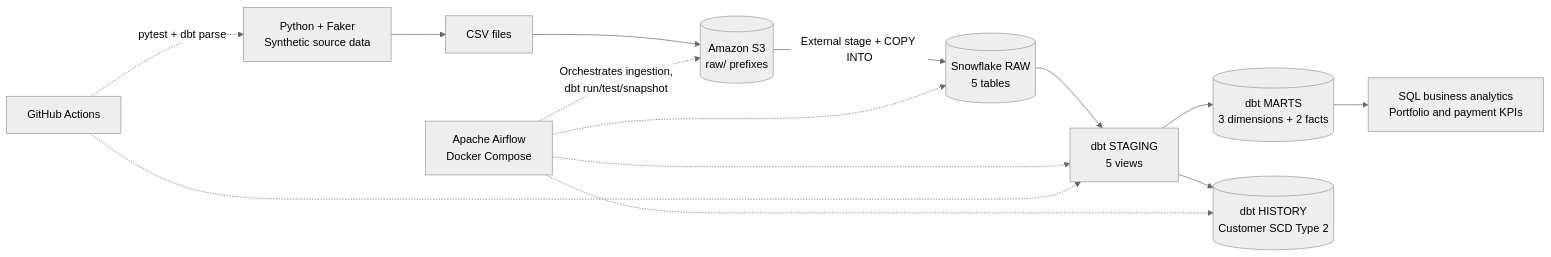
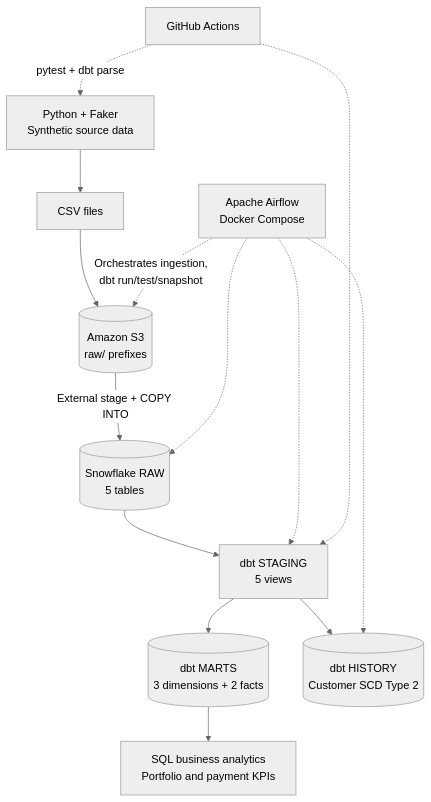
One commit to AroraSarthak7799/cloud-financial-data-platform changed the diagram in README.md. Above: the diagram before and after it, drawn with Mermaid (neutral theme).

Commit message:
Improve README architecture diagram layout

````diff
--- a/README.md
+++ b/README.md
@@ -27,16 +27,16 @@
 ```mermaid
-flowchart LR
+flowchart TB
     A[Python + Faker<br/>Synthetic source data] --> B[CSV files]
     B --> C[(Amazon S3<br/>raw/ prefixes)]
     C -->|External stage + COPY INTO| D[(Snowflake RAW<br/>5 tables)]
     D --> E[dbt STAGING<br/>5 views]
     E --> F[(dbt MARTS<br/>3 dimensions + 2 facts)]
     E --> G[(dbt HISTORY<br/>Customer SCD Type 2)]
     F --> H[SQL business analytics<br/>Portfolio and payment KPIs]
     I[Apache Airflow<br/>Docker Compose] -.->|Orchestrates ingestion,<br/>dbt run/test/snapshot| C
     I -.-> D
     I -.-> E
     I -.-> G
     J[GitHub Actions] -.->|pytest + dbt parse| A
     J -.-> E
 ```
````
